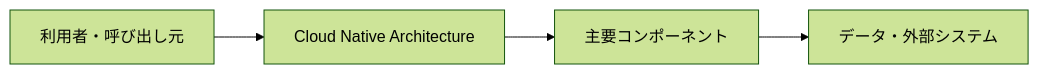
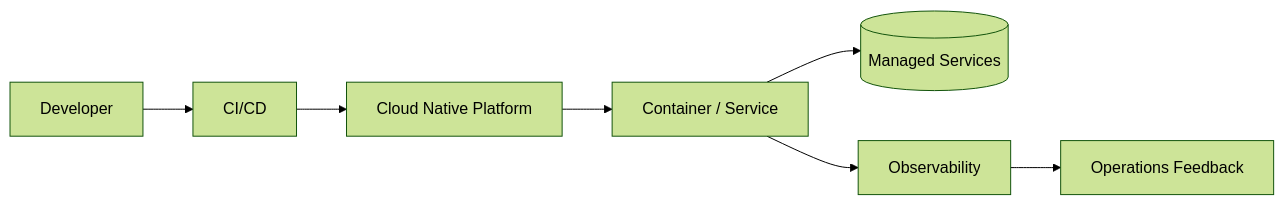
One commit to t-shirayama/architecture-notes changed the diagram in docs/インフラ・運用系/クラウドネイティブアーキテクチャ.md. Above: the diagram before and after it, drawn with Mermaid (forest theme). The commit also changed other lines of this file and 32 other files, not shown here.

Commit message:
docs: refine remaining architecture notes

````diff
--- a/docs/インフラ・運用系/クラウドネイティブアーキテクチャ.md
+++ b/docs/インフラ・運用系/クラウドネイティブアーキテクチャ.md
@@ -24,6 +28,9 @@
 ```mermaid
 flowchart LR
-    A[利用者・呼び出し元] --> B[Cloud Native Architecture]
-    B --> C[主要コンポーネント]
-    C --> D[データ・外部システム]
+    Dev[Developer] --> CI[CI/CD]
+    CI --> Platform[Cloud Native Platform]
+    Platform --> App[Container / Service]
+    App --> Managed[(Managed Services)]
+    App --> Obs[Observability]
+    Obs --> Team[Operations Feedback]
 ```
````
